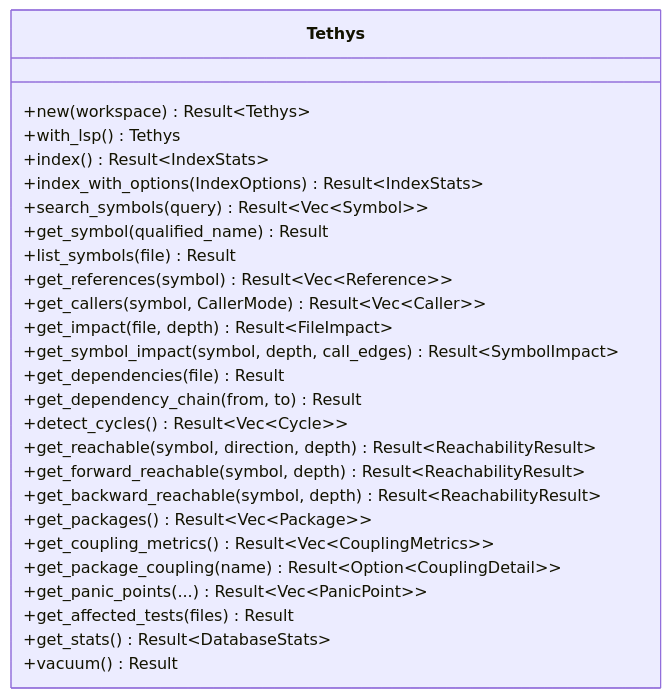
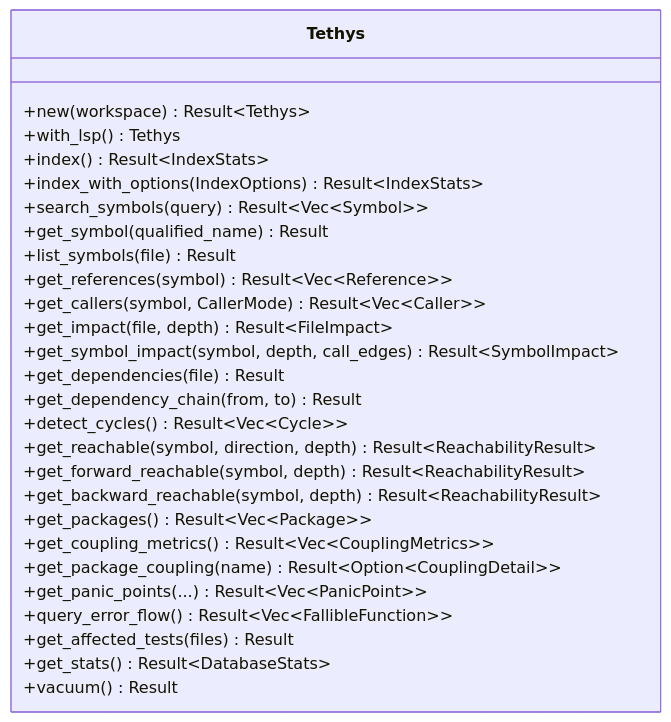
One commit to dwalleck/tethys changed the diagram in .agents/summary/interfaces.md. Above: the diagram before and after it, drawn with Mermaid. The commit also changed 8 other files, not shown here.

````diff
--- a/.agents/summary/interfaces.md
+++ b/.agents/summary/interfaces.md
@@ -48,29 +48,30 @@
 ```mermaid
 classDiagram
     class Tethys {
         +new(workspace) Result~Tethys~
         +with_lsp() Tethys
         +index() Result~IndexStats~
         +index_with_options(IndexOptions) Result~IndexStats~
         +search_symbols(query) Result~Vec~Symbol~~
         +get_symbol(qualified_name) Result
         +list_symbols(file) Result
         +get_references(symbol) Result~Vec~Reference~~
         +get_callers(symbol, CallerMode) Result~Vec~Caller~~
         +get_impact(file, depth) Result~FileImpact~
         +get_symbol_impact(symbol, depth, call_edges) Result~SymbolImpact~
         +get_dependencies(file) Result
         +get_dependency_chain(from, to) Result
         +detect_cycles() Result~Vec~Cycle~~
         +get_reachable(symbol, direction, depth) Result~ReachabilityResult~
         +get_forward_reachable(symbol, depth) Result~ReachabilityResult~
         +get_backward_reachable(symbol, depth) Result~ReachabilityResult~
         +get_packages() Result~Vec~Package~~
         +get_coupling_metrics() Result~Vec~CouplingMetrics~~
         +get_package_coupling(name) Result~Option~CouplingDetail~~
         +get_panic_points(...) Result~Vec~PanicPoint~~
+        +query_error_flow() Result~Vec~FallibleFunction~~
         +get_affected_tests(files) Result
         +get_stats() Result~DatabaseStats~
         +vacuum() Result
     }
 ```
````
